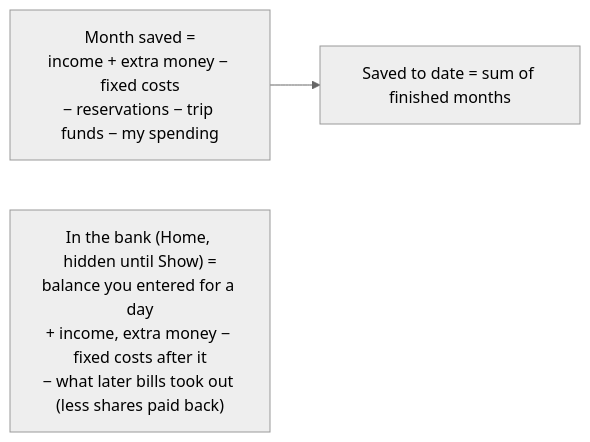
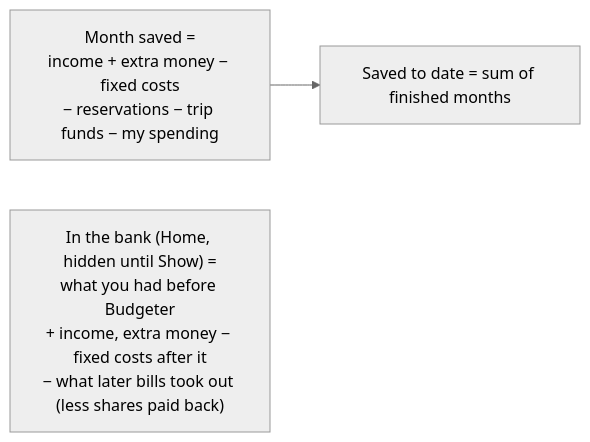
One commit to nyx-ulrix/budgeter changed the fifth of 9 diagrams in README.md. Above: the diagram before and after it, drawn with Mermaid (neutral theme). The commit also changed other lines of this file and 11 other files, not shown here.

First line of the commit message:
1.12.0: bank balance from before Budgeter; handover (PLAN.md §17)

````diff
--- a/README.md
+++ b/README.md
@@ -124,5 +124,5 @@
 ```mermaid
 flowchart LR
     m["Month saved =<br/>income + extra money − fixed costs<br/>− reservations − trip funds − my spending"] --> t["Saved to date = sum of finished months"]
-    bank["In the bank (Home, hidden until Show) =<br/>balance you entered for a day<br/>+ income, extra money − fixed costs after it<br/>− what later bills took out (less shares paid back)"]
+    bank["In the bank (Home, hidden until Show) =<br/>what you had before Budgeter<br/>+ income, extra money − fixed costs after it<br/>− what later bills took out (less shares paid back)"]
 ```
````
